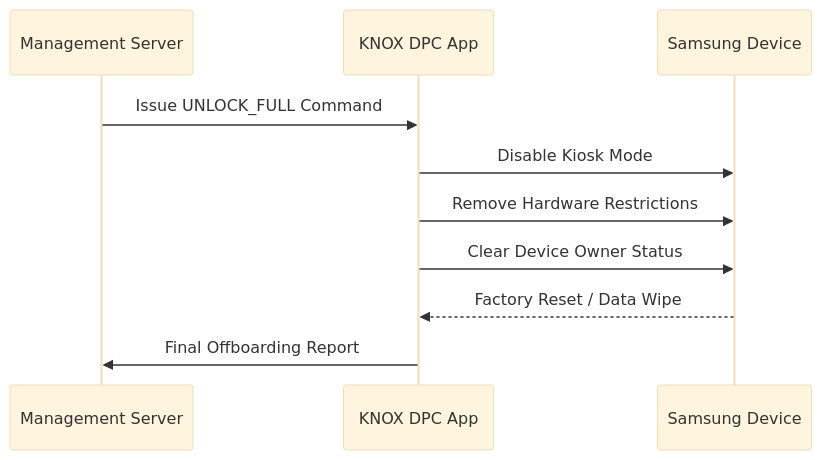
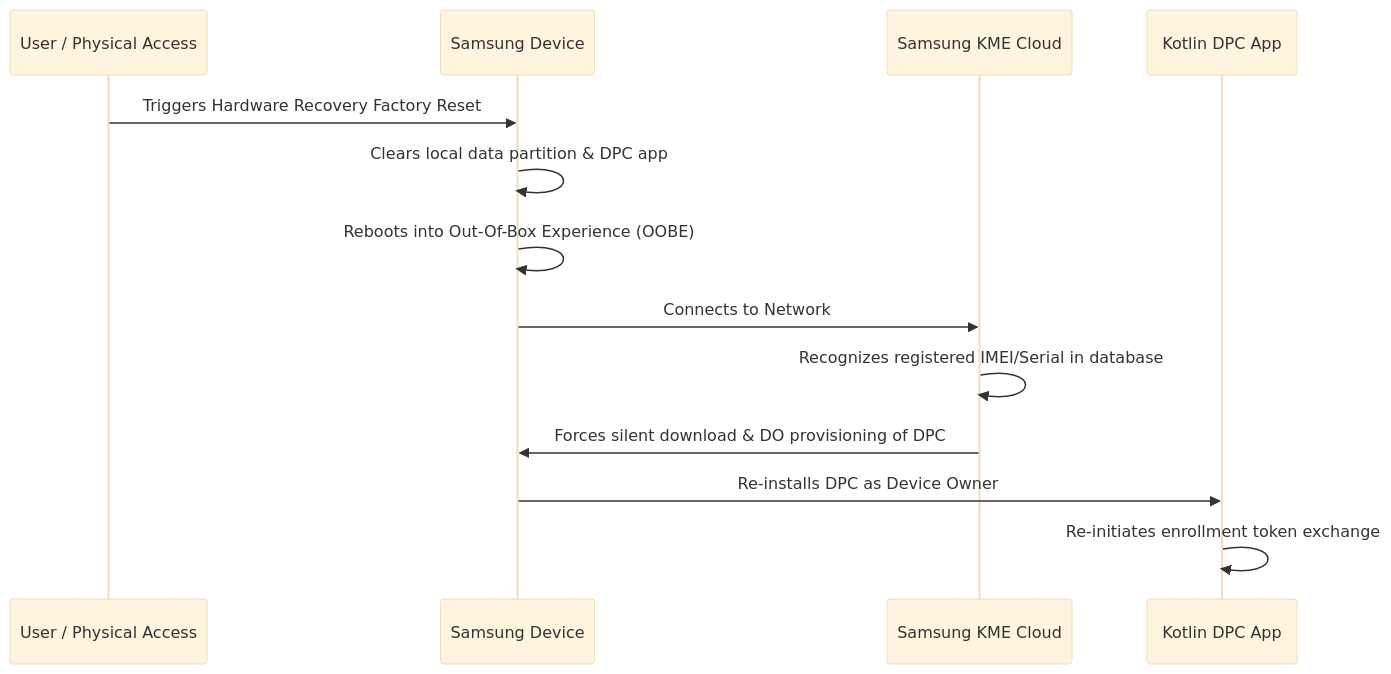
The fourth of 4 diagrams in docs/02_Architecture/Operational_Flows.md (NEXIVO-COMPANY-LIMITED/KNOX), drawn with Mermaid (base theme) before and after one commit. The commit also changed other lines of this file and 15 other files, not shown here.

````diff
--- a/docs/02_Architecture/Operational_Flows.md
+++ b/docs/02_Architecture/Operational_Flows.md
@@ -60,13 +75,16 @@
 ```mermaid
 sequenceDiagram
-    participant Server as Management Server
-    participant DPC as KNOX DPC App
+    participant User as User / Physical Access
     participant Device as Samsung Device
+    participant KME as Samsung KME Cloud
+    participant DPC as Kotlin DPC App
 
-    Server->>DPC: Issue UNLOCK_FULL Command
-    DPC->>Device: Disable Kiosk Mode
-    DPC->>Device: Remove Hardware Restrictions
-    DPC->>Device: Clear Device Owner Status
-    Device-->>DPC: Factory Reset / Data Wipe
-    DPC->>Server: Final Offboarding Report
+    User->>Device: Triggers Hardware Recovery Factory Reset
+    Device->>Device: Clears local data partition & DPC app
+    Device->>Device: Reboots into Out-Of-Box Experience (OOBE)
+    Device->>KME: Connects to Network
+    KME->>KME: Recognizes registered IMEI/Serial in database
+    KME->>Device: Forces silent download & DO provisioning of DPC
+    Device->>DPC: Re-installs DPC as Device Owner
+    DPC->>DPC: Re-initiates enrollment token exchange
 ```
````
